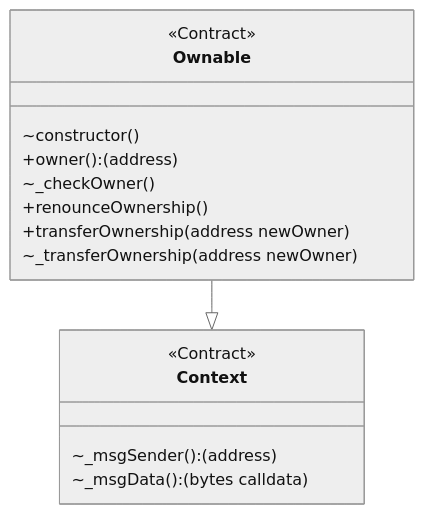
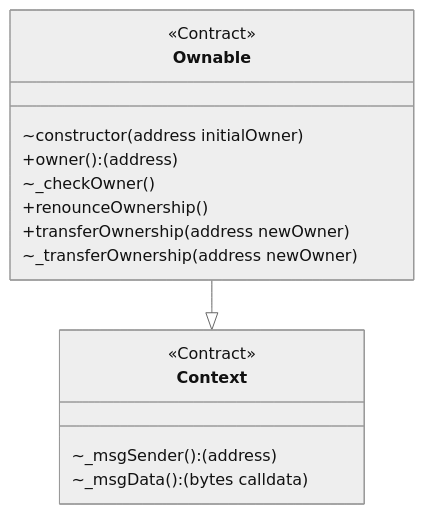
One commit to ernestognw/mermaid-contracts changed the diagram in generated/@openzeppelin/contracts/access/Ownable.mmd. Above: the diagram before and after it, drawn with Mermaid (neutral theme). The commit also changed 201 other files, not shown here.

```diff
--- a/generated/@openzeppelin/contracts/access/Ownable.mmd
+++ b/generated/@openzeppelin/contracts/access/Ownable.mmd
@@ -1,20 +1,20 @@
 classDiagram
-  %% 654:1968:0
+  %% 663:2438:0
   class Ownable {
     <<Contract>>
-    ~constructor()
+    ~constructor(address initialOwner)
     +owner(): (address)
     ~_checkOwner()
     +renounceOwnership()
     +transferOwnership(address newOwner)
     ~_transferOwnership(address newOwner)
   }
   
   Ownable --|> Context
   
-  %% 608:235:1
+  %% 624:235:1
   class Context {
     <<Contract>>
     ~_msgSender(): (address)
     ~_msgData(): (bytes calldata)
   }
```
